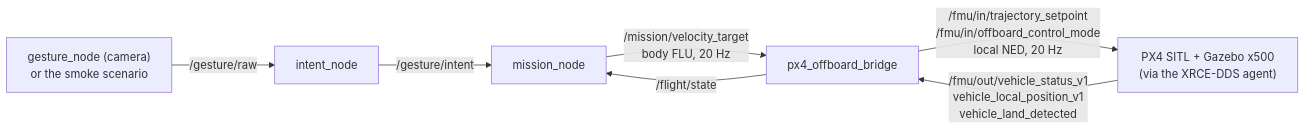
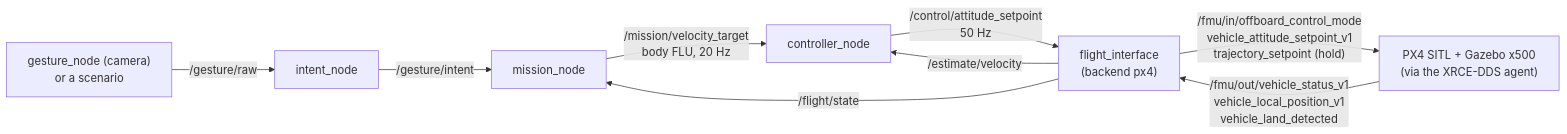
One commit to SEAME-pt/SEA-ME_Team1_ROSRangers changed the diagram in docs/PraticalPlan/03 Architecture/PX4 SITL Setup.md. Above: the diagram before and after it, drawn with Mermaid. The commit also changed other lines of this file and 105 other files, not shown here.

First line of the commit message:
Cascade controller in PX4 SITL behind flight_interface (#199) (#253)

````diff
--- a/docs/PraticalPlan/03 Architecture/PX4 SITL Setup.md
+++ b/docs/PraticalPlan/03 Architecture/PX4 SITL Setup.md
@@ -110,9 +111,11 @@
 ```mermaid
 flowchart LR
-  G["gesture_node (camera)<br/>or the smoke scenario"] -->|"/gesture/raw"| I[intent_node]
+  G["gesture_node (camera)<br/>or a scenario"] -->|"/gesture/raw"| I[intent_node]
   I -->|"/gesture/intent"| M[mission_node]
-  M -->|"/mission/velocity_target<br/>body FLU, 20 Hz"| B[px4_offboard_bridge]
-  B -->|"/fmu/in/trajectory_setpoint<br/>/fmu/in/offboard_control_mode<br/>local NED, 20 Hz"| P["PX4 SITL + Gazebo x500<br/>(via the XRCE-DDS agent)"]
-  P -->|"/fmu/out/vehicle_status_v1<br/>vehicle_local_position_v1<br/>vehicle_land_detected"| B
-  B -->|"/flight/state"| M
+  M -->|"/mission/velocity_target<br/>body FLU, 20 Hz"| C[controller_node]
+  C -->|"/control/attitude_setpoint<br/>50 Hz"| F["flight_interface<br/>(backend px4)"]
+  F -->|"/fmu/in/offboard_control_mode<br/>vehicle_attitude_setpoint_v1<br/>trajectory_setpoint (hold)"| P["PX4 SITL + Gazebo x500<br/>(via the XRCE-DDS agent)"]
+  P -->|"/fmu/out/vehicle_status_v1<br/>vehicle_local_position_v1<br/>vehicle_land_detected"| F
+  F -->|"/estimate/velocity"| C
+  F -->|"/flight/state"| M
 ```
````
